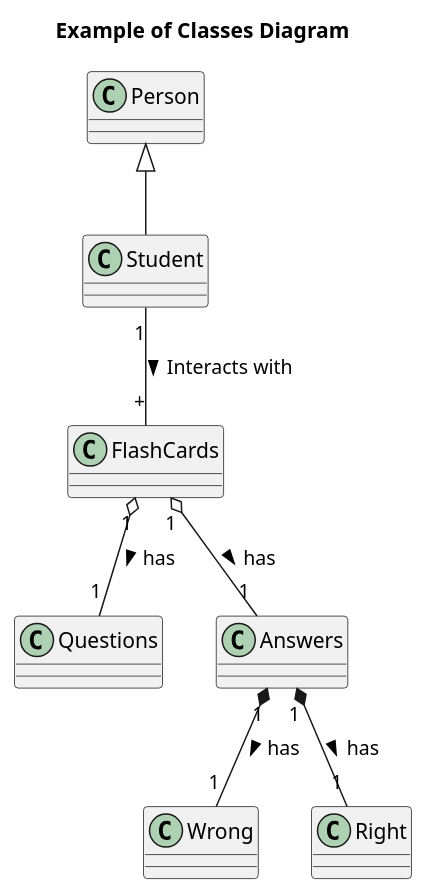
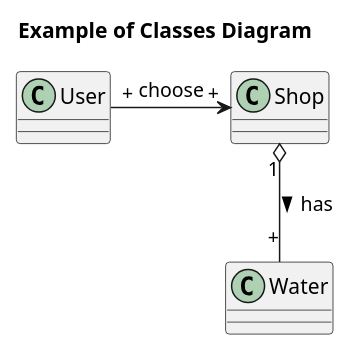
One commit to oleksandrblazhko/ai203-voyakovskij changed the diagram in 2-SoftwareDesign/2.7-PlantUML/UML-ConceptClasses.puml. Above: the diagram before and after it, drawn with PlantUML.

```diff
--- a/2-SoftwareDesign/2.7-PlantUML/UML-ConceptClasses.puml
+++ b/2-SoftwareDesign/2.7-PlantUML/UML-ConceptClasses.puml
@@ -1,22 +1,12 @@
 @startuml
 
 title Example of Classes Diagram 
 
-Class Person
-Class Student
-Class FlashCards
-Class Questions
-Class Answers
+Class User
+Class Shop
+Class Water
 
-
-Person <|-- Student
-
-Student"1" -- "+"FlashCards : Interacts with >
-
-FlashCards"1" o-- "1"Questions : has >
-FlashCards"1" o-- "1"Answers : has >
-Answers"1" *-- "1"Wrong : has >
-Answers"1" *-- "1"Right : has >
-
+User"+" -> "+"Shop : choose
+Shop"1" o-- "+"Water : has >
 
 @enduml
```
